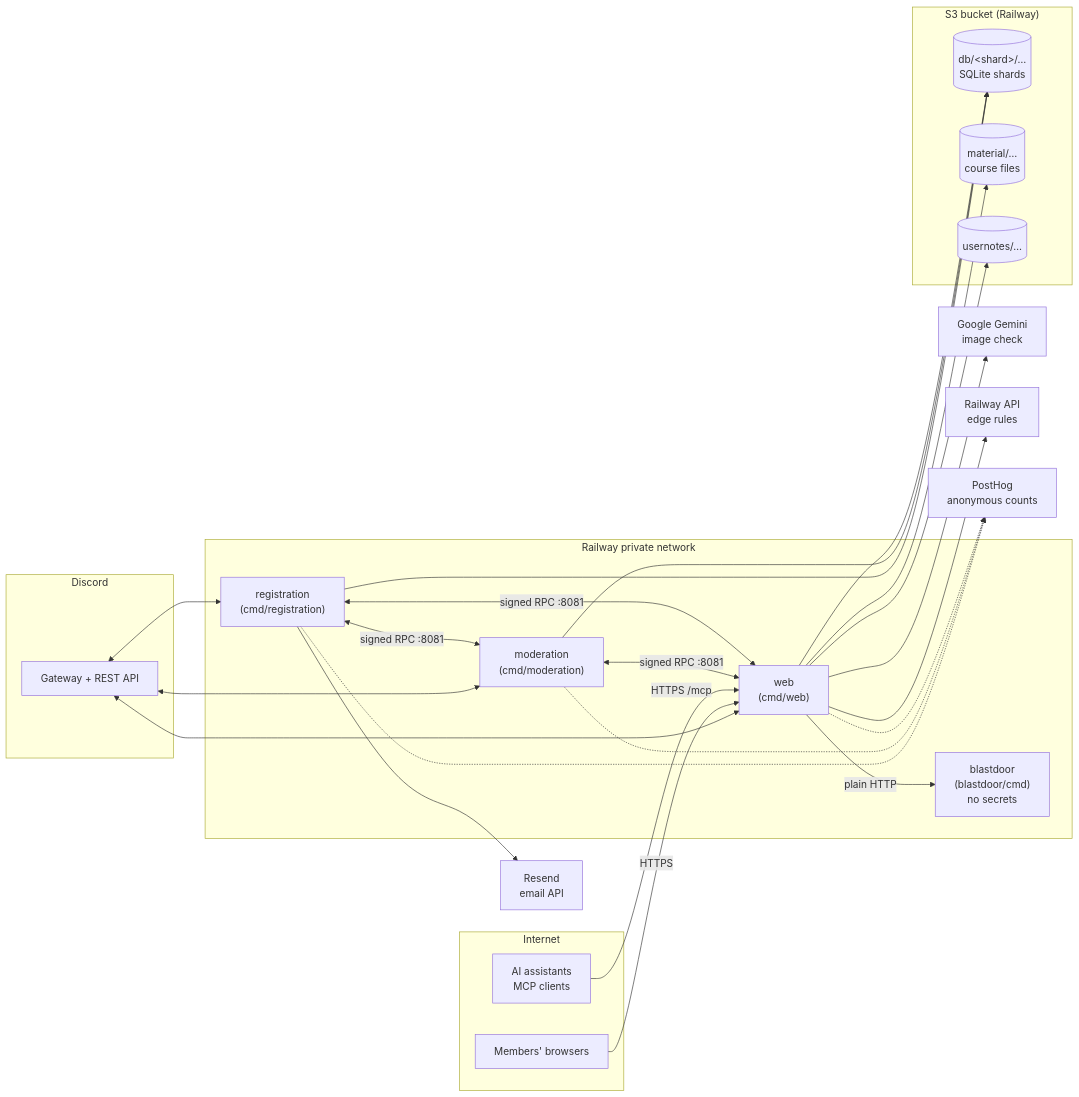
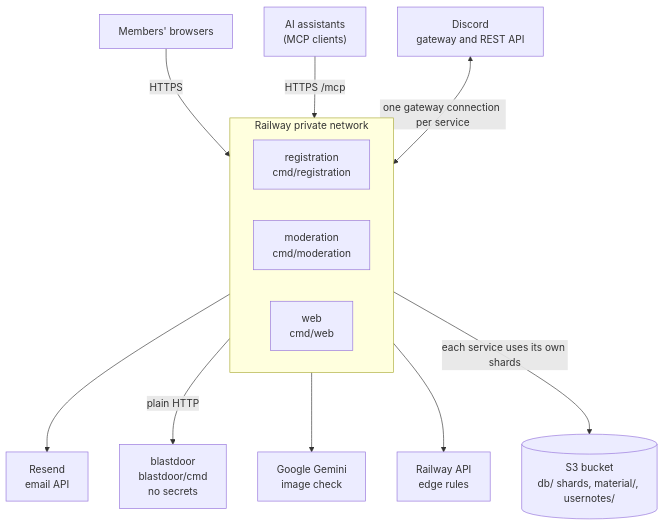
The first of 11 diagrams in docs/ARCHITECTURE.md (donfn/steki-discord-bot), drawn with Mermaid before and after one commit. The commit also changed other lines of this file and 237 other files, not shown here.

````diff
--- a/docs/ARCHITECTURE.md
+++ b/docs/ARCHITECTURE.md
@@ -27,51 +27,28 @@
 ```mermaid
-flowchart LR
-    subgraph Discord
-        GW[Gateway + REST API]
+flowchart TB
+    GW["Discord<br/>gateway and REST API"]
+    BR["Members' browsers"]
+    AI["AI assistants<br/>(MCP clients)"]
+
+    subgraph Railway["Railway private network"]
+        direction LR
+        REG["registration<br/>cmd/registration"]
+        MOD["moderation<br/>cmd/moderation"]
+        WEB["web<br/>cmd/web"]
     end
 
-    subgraph Internet
-        Browser[Members' browsers]
-        AI[AI assistants<br/>MCP clients]
-    end
+    Resend["Resend<br/>email API"]
+    DB[("S3 bucket<br/>db/ shards, material/, usernotes/")]
+    BD["blastdoor<br/>blastdoor/cmd<br/>no secrets"]
+    Gemini["Google Gemini<br/>image check"]
+    RWAPI["Railway API<br/>edge rules"]
 
-    subgraph Railway["Railway private network"]
-        REG["registration<br/>(cmd/registration)"]
-        MOD["moderation<br/>(cmd/moderation)"]
-        WEB["web<br/>(cmd/web)"]
-        BD["blastdoor<br/>(blastdoor/cmd)<br/>no secrets"]
-    end
-
-    subgraph Bucket["S3 bucket (Railway)"]
-        DB[("db/&lt;shard&gt;/…<br/>SQLite shards")]
-        MAT[("material/…<br/>course files")]
-        NOTES[("usernotes/…")]
-    end
-
-    Resend[Resend<br/>email API]
-    Gemini[Google Gemini<br/>image check]
-    RailwayAPI[Railway API<br/>edge rules]
-    Posthog[PostHog<br/>anonymous counts]
-
-    GW <--> REG
-    GW <--> MOD
-    GW <--> WEB
-    Browser -->|HTTPS| WEB
-    AI -->|HTTPS /mcp| WEB
-
-    REG <-->|signed RPC :8081| MOD
-    MOD <-->|signed RPC :8081| WEB
-    REG <-->|signed RPC :8081| WEB
-
-    REG --> DB
-    MOD --> DB
-    WEB --> DB
-    WEB --> MAT
-    WEB --> NOTES
-    WEB -->|plain HTTP| BD
-
+    GW <-->|"one gateway connection per service"| Railway
+    BR -->|HTTPS| WEB
+    AI -->|"HTTPS /mcp"| WEB
+    Railway -->|"each service uses its own shards"| DB
     REG --> Resend
+    WEB -->|"plain HTTP"| BD
     WEB --> Gemini
-    WEB --> RailwayAPI
-    REG & MOD & WEB -.-> Posthog
+    WEB --> RWAPI
 ```
````
